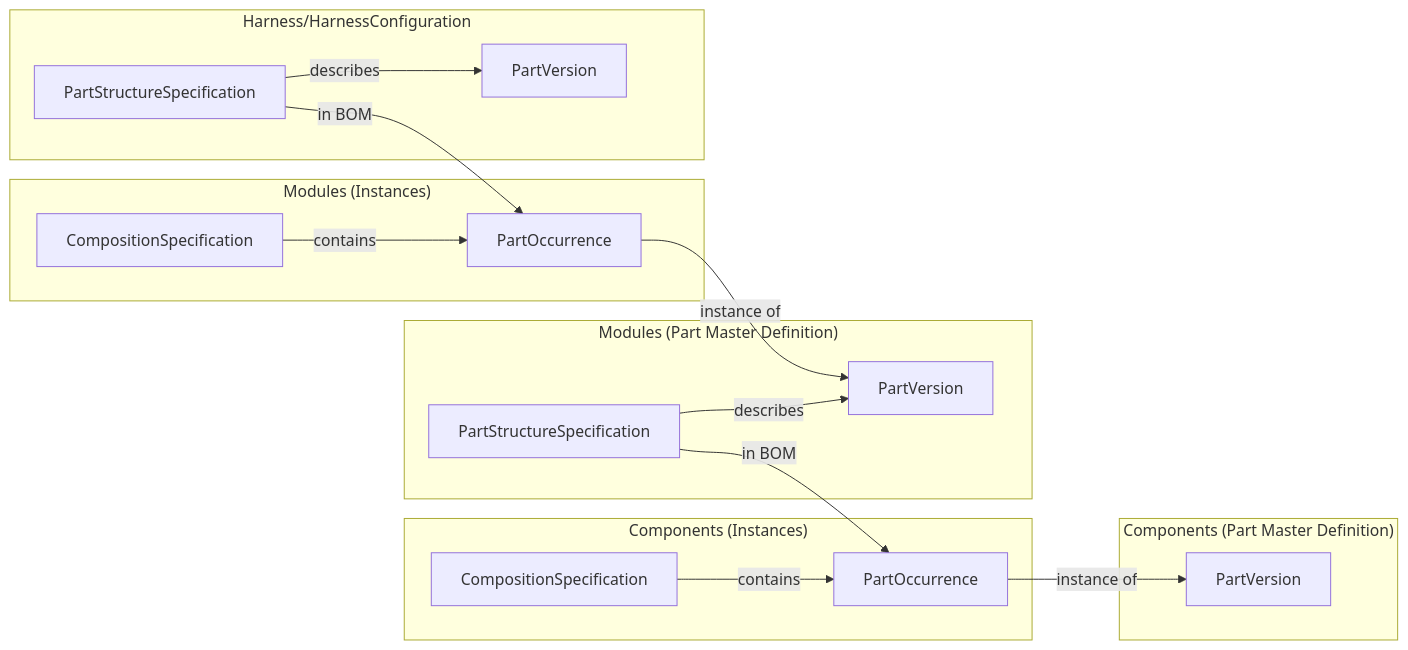
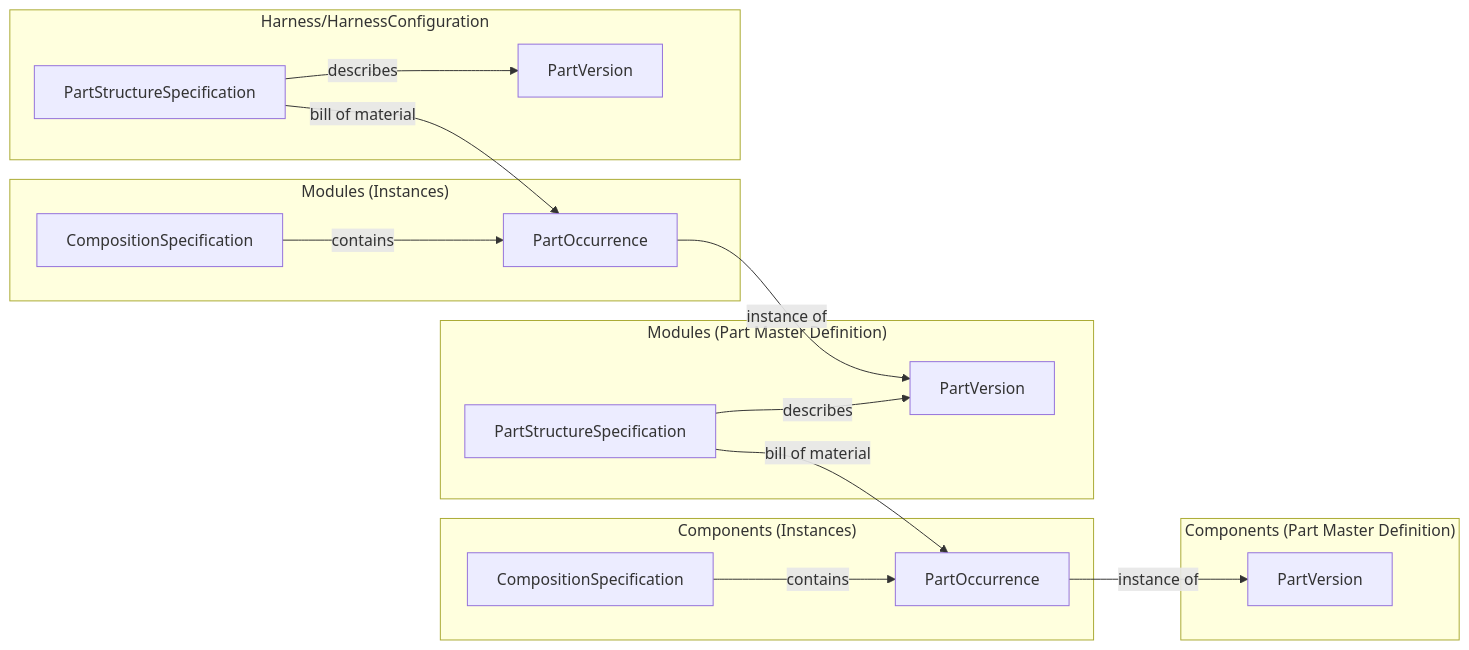
Before and after one commit to prostep-ivip-e-V/vec: the third of 3 diagrams in wiki/content/specifications/vec/guidelines/product-definition/harness/index.md, drawn with Mermaid. The commit also changed other lines of this file and 4 other files, not shown here.

````diff
--- a/wiki/content/specifications/vec/guidelines/product-definition/harness/index.md
+++ b/wiki/content/specifications/vec/guidelines/product-definition/harness/index.md
@@ -227,31 +241,31 @@
 ```mermaid
 graph LR;
   OC["PartOccurrence"];
   CSC["CompositionSpecification"];
   PSM["PartStructureSpecification"];
   PVM["PartVersion"];
   CSM["CompositionSpecification"];
   OM["PartOccurrence"];
   PVH["PartVersion"]
   PSH["PartStructureSpecification"];
 
-  PSM -- in BOM --> OC;
+  PSM -- "bill of material" --> OC;
   OM -- instance of --> PVM;
   subgraph "Components (Part Master Definition)"
     PVO["PartVersion"];
   end 
   subgraph "Components (Instances)"
     OC -- instance of --> PVO;
     CSC -- contains --> OC;
   end
   subgraph "Modules (Instances)"  
     CSM -- contains --> OM;
   end
   subgraph "Modules (Part Master Definition)"
     PSM -- describes --> PVM;
   end
   subgraph Harness/HarnessConfiguration
     PSH -- describes --> PVH;
-    PSH -- in BOM --> OM;
+    PSH -- "bill of material" --> OM;
   end
 ```
````
